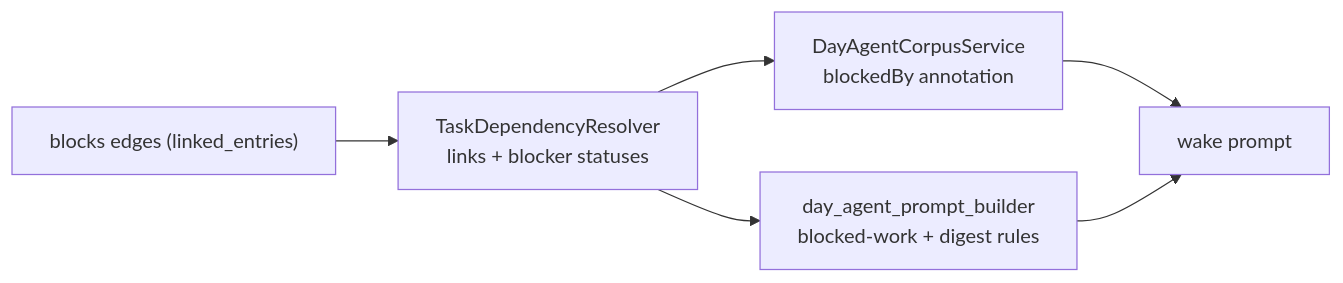
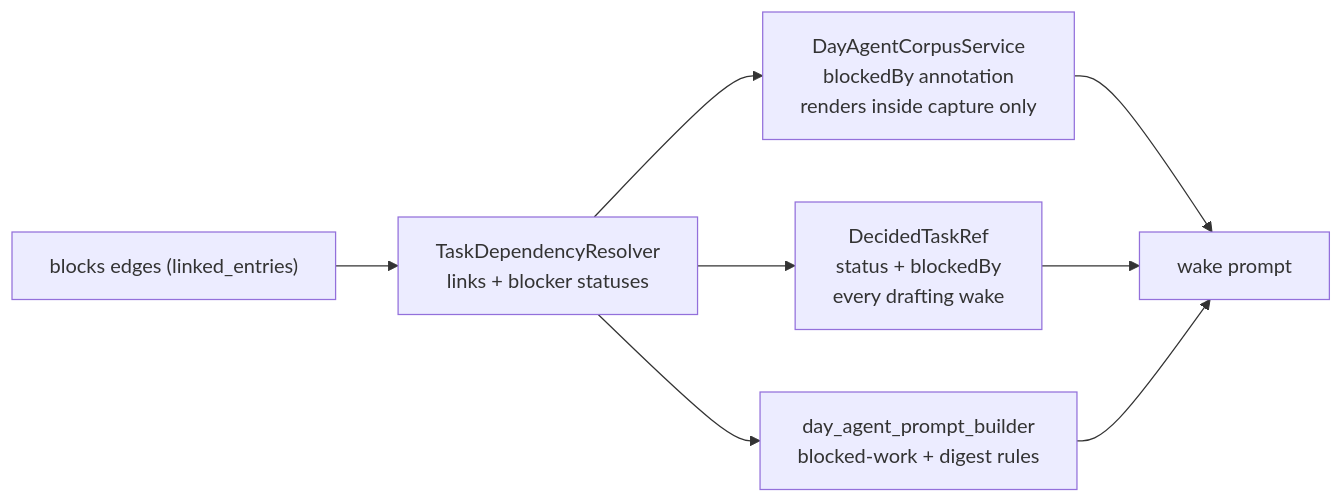
Before and after one commit to matthiasn/lotti: the diagram in knowledge/features/daily_os_next/dependency-aware-planning.md, drawn with Mermaid. The commit also changed other lines of this file and 1 other file, not shown here.

First line of the commit message:
docs: port the blocked-work carrier changes into the knowledge bundle

````diff
--- a/knowledge/features/daily_os_next/dependency-aware-planning.md
+++ b/knowledge/features/daily_os_next/dependency-aware-planning.md
@@ -32,8 +40,10 @@
 ```mermaid
 flowchart LR
   BL["blocks edges (linked_entries)"] --> DR["TaskDependencyResolver<br/>links + blocker statuses"]
-  DR --> Corpus["DayAgentCorpusService<br/>blockedBy annotation"]
+  DR --> Corpus["DayAgentCorpusService<br/>blockedBy annotation<br/>renders inside capture only"]
+  DR --> Decided["DecidedTaskRef<br/>status + blockedBy<br/>every drafting wake"]
   DR --> Rules["day_agent_prompt_builder<br/>blocked-work + digest rules"]
   Corpus --> Prompt["wake prompt"]
+  Decided --> Prompt
   Rules --> Prompt
 ```
````
